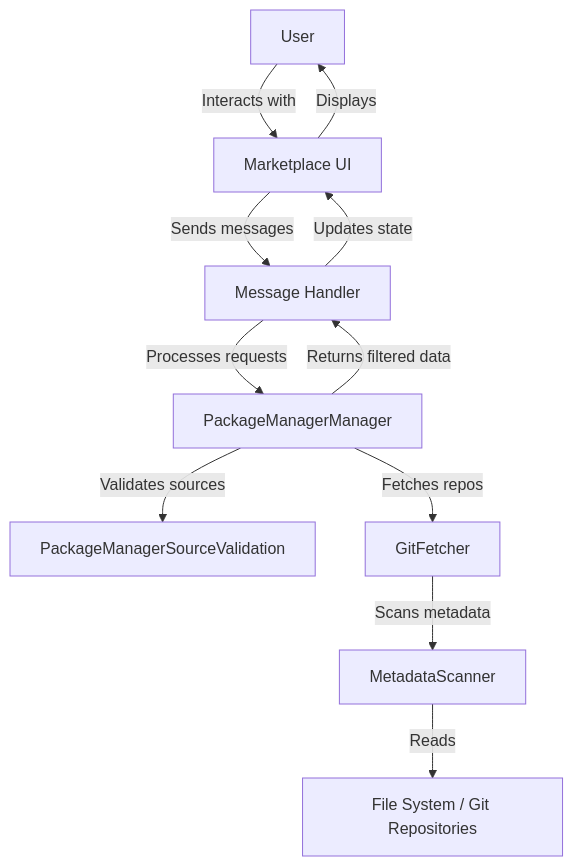
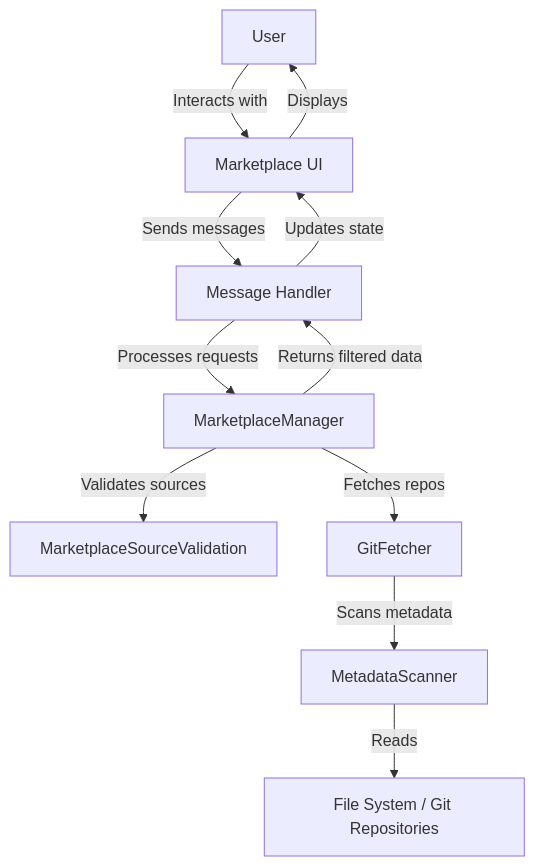
The first of 5 diagrams in cline_docs/marketplace/implementation/01-architecture.md (RooVetGit/Roo-Code), drawn with Mermaid before and after one commit. The commit also changed other lines of this file and 84 other files, not shown here.

````diff
--- a/cline_docs/marketplace/implementation/01-architecture.md
+++ b/cline_docs/marketplace/implementation/01-architecture.md
@@ -11,13 +11,13 @@
 ```mermaid
 graph TD
     User[User] -->|Interacts with| UI[Marketplace UI]
     UI -->|Sends messages| MH[Message Handler]
-    MH -->|Processes requests| PM[PackageManagerManager]
-    PM -->|Validates sources| PSV[PackageManagerSourceValidation]
+    MH -->|Processes requests| PM[MarketplaceManager]
+    PM -->|Validates sources| PSV[MarketplaceSourceValidation]
     PM -->|Fetches repos| GF[GitFetcher]
     GF -->|Scans metadata| MS[MetadataScanner]
     MS -->|Reads| FS[File System / Git Repositories]
     PM -->|Returns filtered data| MH
     MH -->|Updates state| UI
     UI -->|Displays| User
 ```
````
